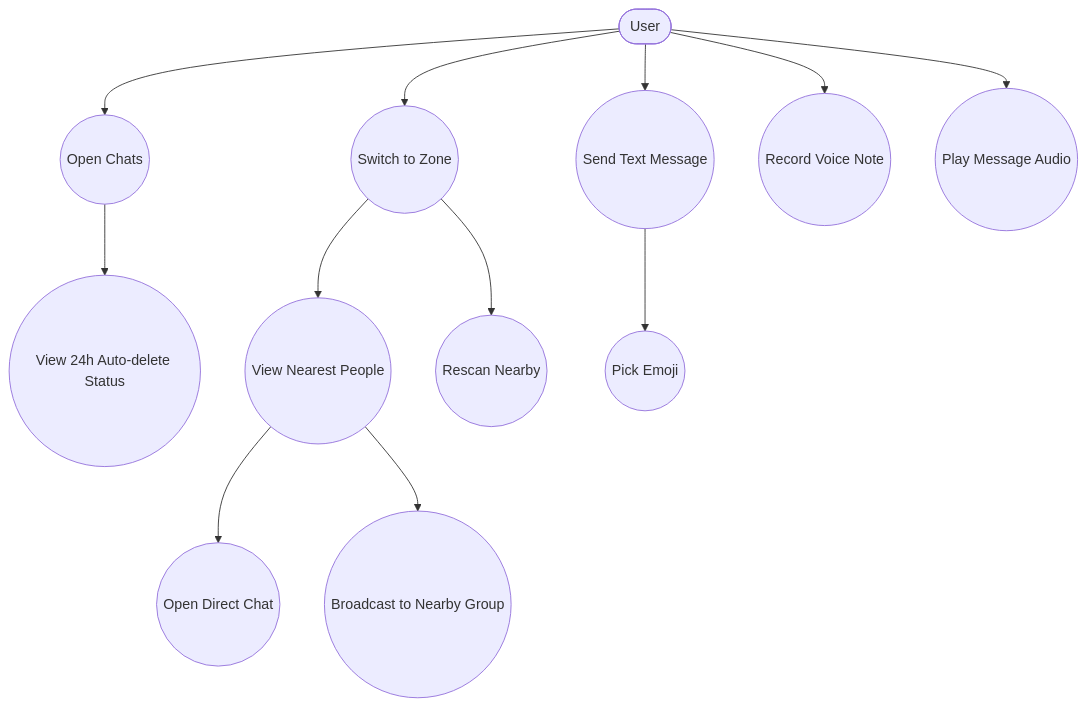
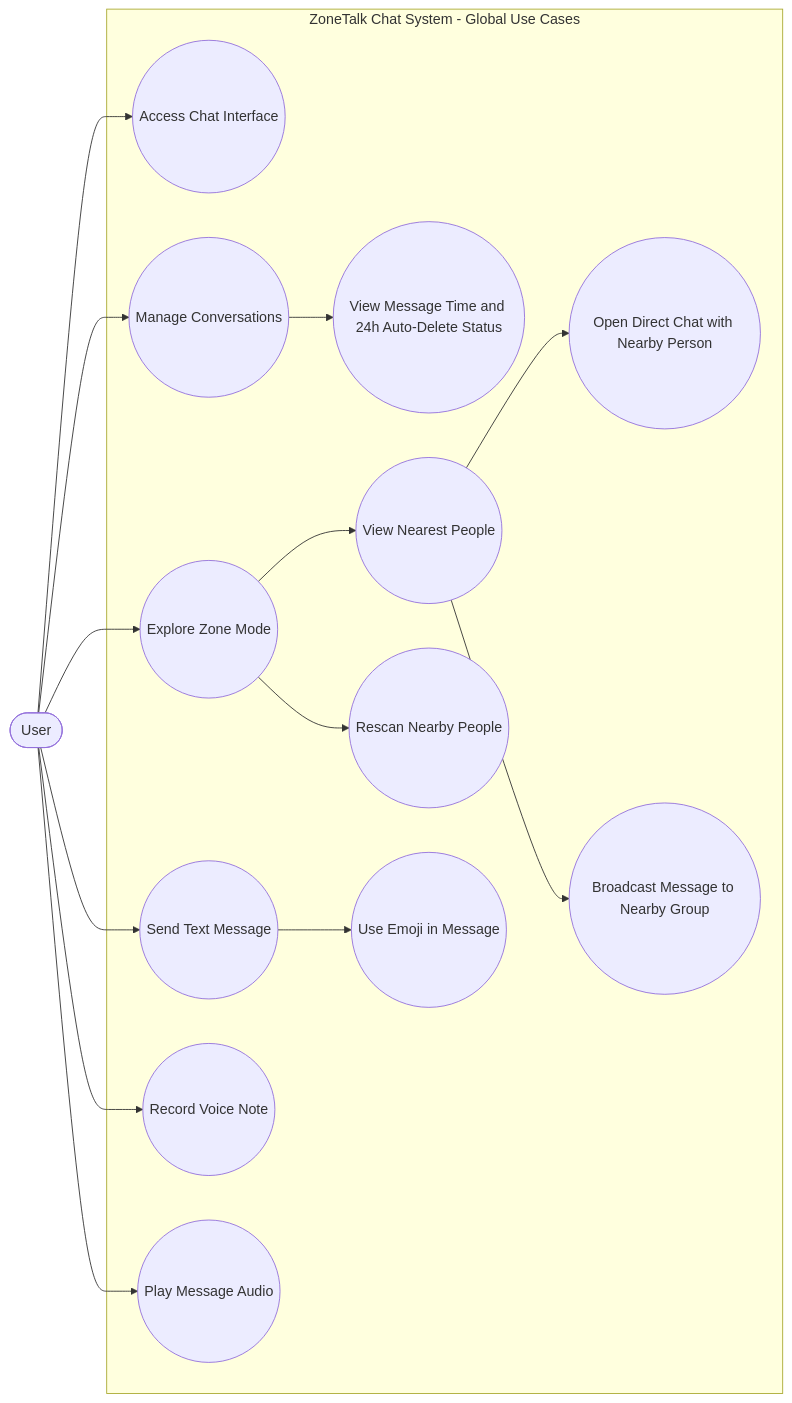
The diagram in screen/usecase-diagram.mmd (yubomern/zzoneTalkk), drawn with Mermaid before and after one commit. The commit also changed 2 other files, not shown here.

```diff
--- a/screen/usecase-diagram.mmd
+++ b/screen/usecase-diagram.mmd
@@ -1,27 +1,31 @@
-flowchart TB
+flowchart LR
     user([User])
 
-    uc1((Open Chats))
-    uc2((Switch to Zone))
-    uc3((View Nearest People))
-    uc4((Open Direct Chat))
-    uc5((Broadcast to Nearby Group))
-    uc6((Send Text Message))
-    uc7((Pick Emoji))
-    uc8((Record Voice Note))
-    uc9((Play Message Audio))
-    uc10((Rescan Nearby))
-    uc11((View 24h Auto-delete Status))
+    subgraph system[ZoneTalk Chat System - Global Use Cases]
+        ucA((Access Chat Interface))
+        ucB((Manage Conversations))
+        ucC((Explore Zone Mode))
+        ucD((View Nearest People))
+        ucE((Open Direct Chat with Nearby Person))
+        ucF((Broadcast Message to Nearby Group))
+        ucG((Send Text Message))
+        ucH((Use Emoji in Message))
+        ucI((Record Voice Note))
+        ucJ((Play Message Audio))
+        ucK((Rescan Nearby People))
+        ucL((View Message Time and 24h Auto-Delete Status))
+    end
 
-    user --> uc1
-    user --> uc2
-    user --> uc6
-    user --> uc8
-    user --> uc9
+    user --> ucA
+    user --> ucB
+    user --> ucC
+    user --> ucG
+    user --> ucI
+    user --> ucJ
 
-    uc2 --> uc3
-    uc3 --> uc4
-    uc3 --> uc5
-    uc6 --> uc7
-    uc2 --> uc10
-    uc1 --> uc11
+    ucB --> ucL
+    ucC --> ucD
+    ucD --> ucE
+    ucD --> ucF
+    ucC --> ucK
+    ucG --> ucH
```
